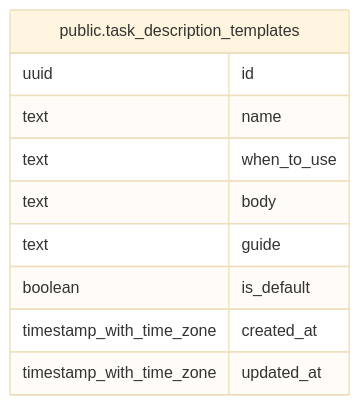
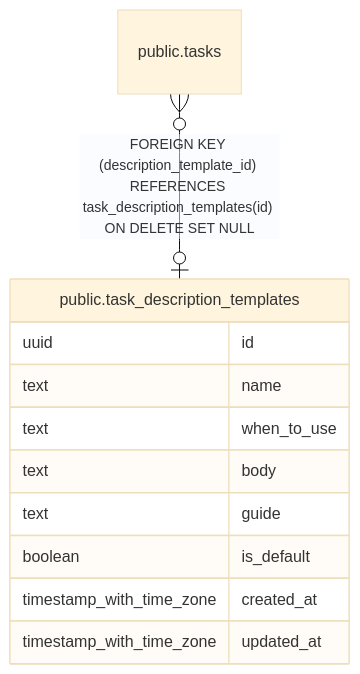
One commit to fohte/tq changed the diagram in api/docs/db/public.task_description_templates.md. Above: the diagram before and after it, drawn with Mermaid (base theme). The commit also changed other lines of this file and 13 other files, not shown here.

First line of the commit message:
api: validate LLM task description edits

````diff
--- a/api/docs/db/public.task_description_templates.md
+++ b/api/docs/db/public.task_description_templates.md
@@ -45,15 +45,16 @@
 ```mermaid
 erDiagram
 
+"public.tasks" }o--o| "public.task_description_templates" : "FOREIGN KEY (description_template_id) REFERENCES task_description_templates(id) ON DELETE SET NULL"
 
 "public.task_description_templates" {
   uuid id
   text name
   text when_to_use
   text body
   text guide
   boolean is_default
   timestamp_with_time_zone created_at
   timestamp_with_time_zone updated_at
 }
 ```
````
